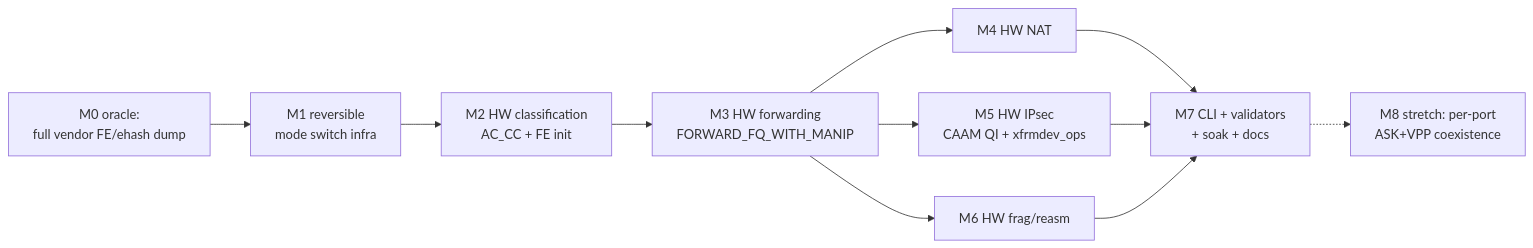
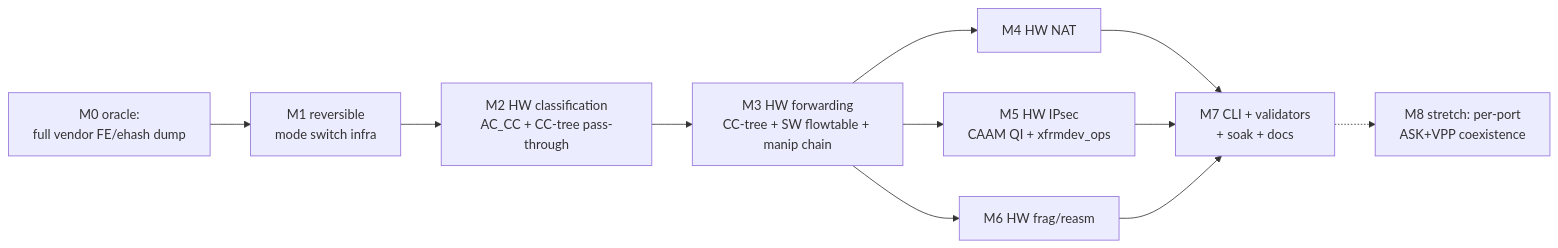
One commit to Daegara/vyos-ls1046a-build changed the second of 2 diagrams in plans/DUAL-DATAPLANE.md. Above: the diagram before and after it, drawn with Mermaid. The commit also changed other lines of this file and 19 other files, not shown here.

````diff
--- a/plans/DUAL-DATAPLANE.md
+++ b/plans/DUAL-DATAPLANE.md
@@ -137,13 +154,13 @@
 ```mermaid
 graph LR
     M0[M0 oracle:\nfull vendor FE/ehash dump] --> M1[M1 reversible\nmode switch infra]
-    M1 --> M2[M2 HW classification\nAC_CC + FE init]
-    M2 --> M3[M3 HW forwarding\nFORWARD_FQ_WITH_MANIP]
+    M1 --> M2[M2 HW classification\nAC_CC + CC-tree pass-through]
+    M2 --> M3[M3 HW forwarding\nCC-tree + SW flowtable + manip chain]
     M3 --> M4[M4 HW NAT]
     M3 --> M5[M5 HW IPsec\nCAAM QI + xfrmdev_ops]
     M3 --> M6[M6 HW frag/reasm]
     M4 --> M7[M7 CLI + validators\n+ soak + docs]
     M5 --> M7
     M6 --> M7
     M7 -.-> M8[M8 stretch: per-port\nASK+VPP coexistence]
 ```
````
